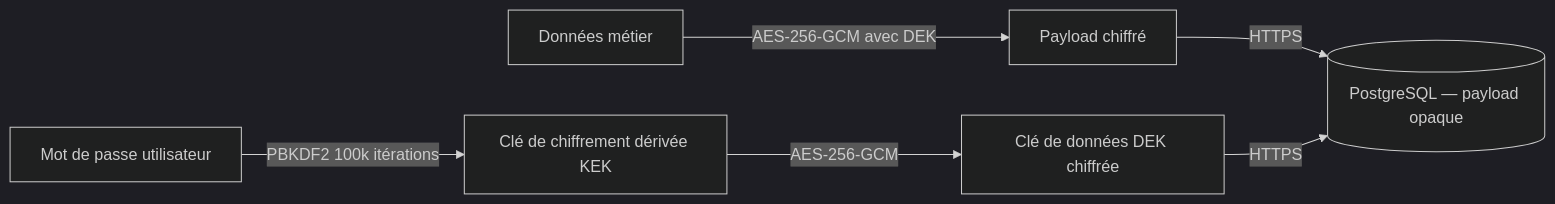
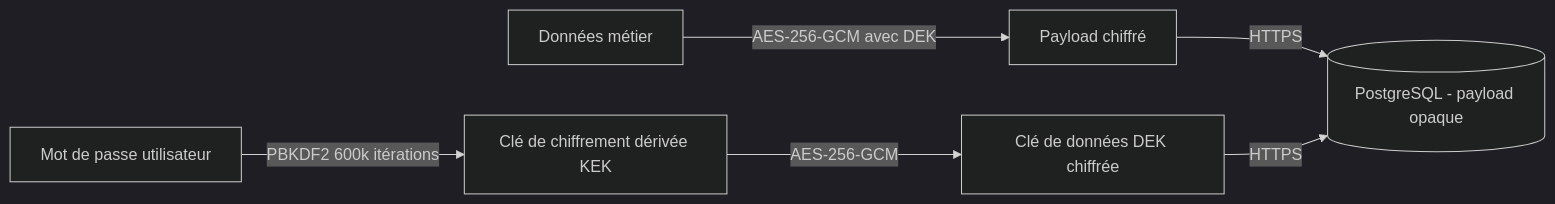
The first of 2 diagrams in README.md (j-ned/ng-dashflow-app), drawn with Mermaid (dark theme) before and after one commit. The commit also changed other lines of this file and 56 other files, not shown here.

````diff
--- a/README.md
+++ b/README.md
@@ -102,8 +102,8 @@
 ```mermaid
 graph LR
-  A[Mot de passe utilisateur] -->|PBKDF2 100k itérations| B[Clé de chiffrement dérivée KEK]
+  A[Mot de passe utilisateur] -->|PBKDF2 600k itérations| B[Clé de chiffrement dérivée KEK]
   B -->|AES-256-GCM| C[Clé de données DEK chiffrée]
   D[Données métier] -->|AES-256-GCM avec DEK| E[Payload chiffré]
-  E -->|HTTPS| F[(PostgreSQL — payload opaque)]
+  E -->|HTTPS| F[(PostgreSQL - payload opaque)]
   C -->|HTTPS| F
 ```
````
